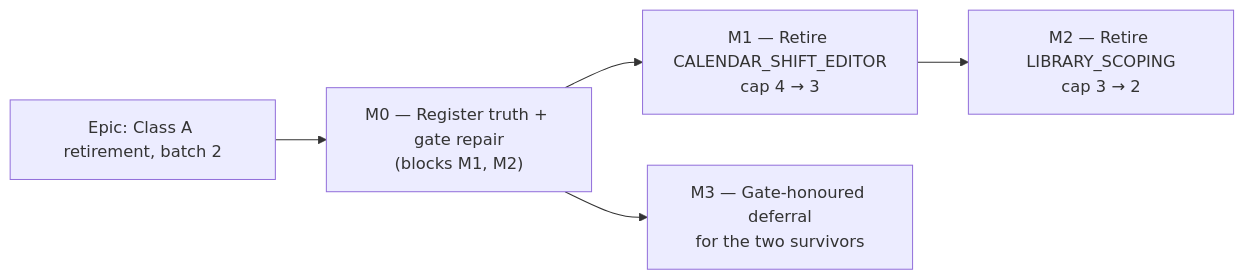
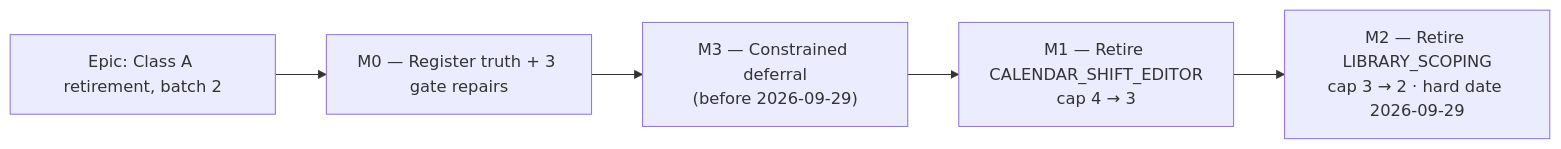
One commit to HuttonHomeHub/SchedulePoint_1 changed the diagram in docs/specs/flag-retirement-library-and-calendar/implementation-plan.md. Above: the diagram before and after it, drawn with Mermaid. The commit also changed other lines of this file and 1 other file, not shown here.

First line of the commit message:
docs(repo): fold round-two review conditions into the retirement plan

````diff
--- a/docs/specs/flag-retirement-library-and-calendar/implementation-plan.md
+++ b/docs/specs/flag-retirement-library-and-calendar/implementation-plan.md
@@ -19,7 +16,7 @@
 ```mermaid
 flowchart LR
-  E["Epic: Class A retirement, batch 2"] --> M0["M0 — Register truth + gate repair<br/>(blocks M1, M2)"]
-  M0 --> M1["M1 — Retire CALENDAR_SHIFT_EDITOR<br/>cap 4 → 3"]
-  M1 --> M2["M2 — Retire LIBRARY_SCOPING<br/>cap 3 → 2"]
-  M0 --> M3["M3 — Gate-honoured deferral<br/>for the two survivors"]
+  E["Epic: Class A retirement, batch 2"] --> M0["M0 — Register truth + 3 gate repairs"]
+  M0 --> M3["M3 — Constrained deferral<br/>(before 2026-09-29)"]
+  M3 --> M1["M1 — Retire CALENDAR_SHIFT_EDITOR<br/>cap 4 → 3"]
+  M1 --> M2["M2 — Retire LIBRARY_SCOPING<br/>cap 3 → 2 · hard date 2026-09-29"]
 ```
````
